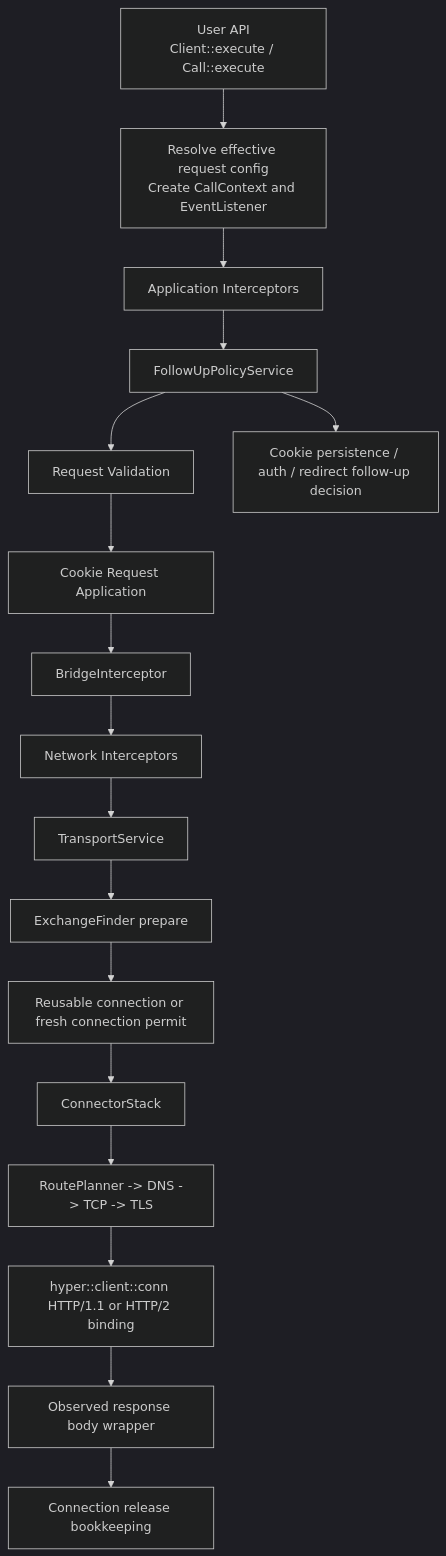
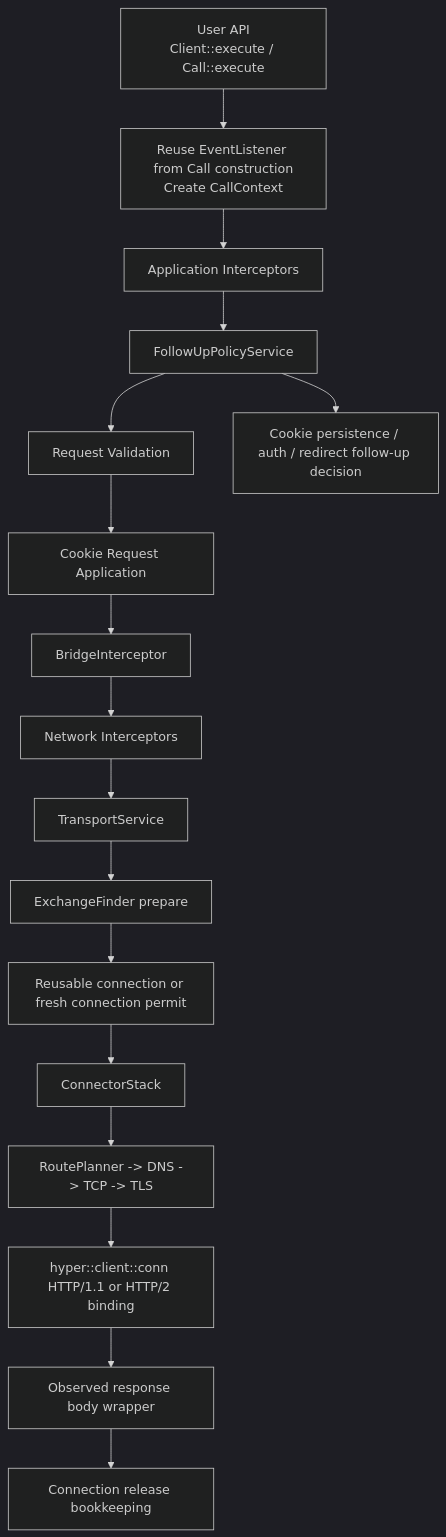
One commit to peterich-rs/openwire changed the second of 4 diagrams in docs/ARCHITECTURE.md. Above: the diagram before and after it, drawn with Mermaid (dark theme). The commit also changed other lines of this file and 39 other files, not shown here.

Commit message:
feat: minimize default features and complete EventListener coverage (#76)

````diff
--- a/docs/ARCHITECTURE.md
+++ b/docs/ARCHITECTURE.md
@@ -67,19 +67,19 @@
 ```mermaid
 flowchart TD
-    A[User API<br/>Client::execute / Call::execute] --> B[Resolve effective request config<br/>Create CallContext and EventListener]
+    A[User API<br/>Client::execute / Call::execute] --> B[Reuse EventListener from Call construction<br/>Create CallContext]
     B --> C[Application Interceptors]
     C --> D[FollowUpPolicyService]
     D --> E[Request Validation]
     E --> F[Cookie Request Application]
     F --> G[BridgeInterceptor]
     G --> H[Network Interceptors]
     H --> I[TransportService]
     I --> J[ExchangeFinder prepare]
     J --> K[Reusable connection or fresh connection permit]
     K --> L[ConnectorStack]
     L --> M[RoutePlanner -> DNS -> TCP -> TLS]
     M --> N[hyper::client::conn HTTP/1.1 or HTTP/2 binding]
     N --> O[Observed response body wrapper]
     O --> P[Connection release bookkeeping]
 D --> Q[Cookie persistence / auth / redirect follow-up decision]
 ```
````
